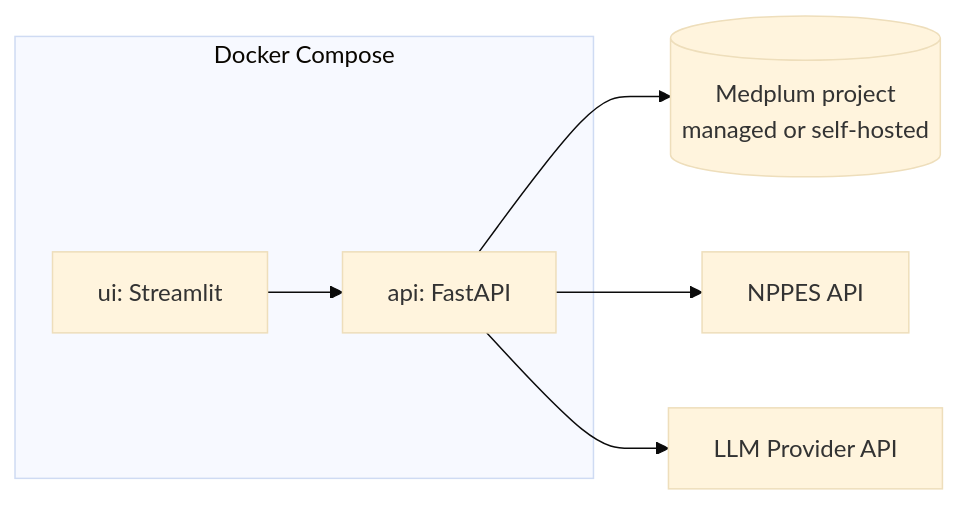
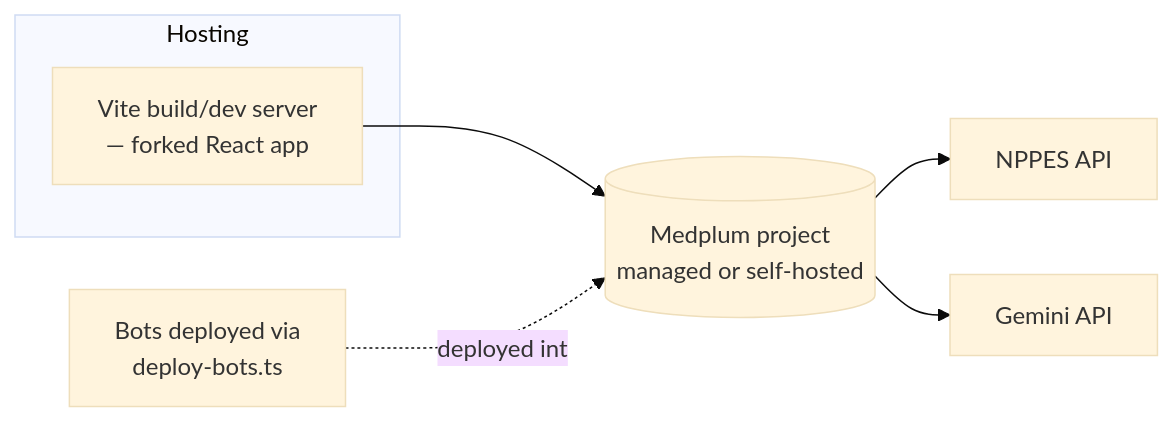
The fifth of 5 diagrams in docs/Doctor_Appointment_Agent_HLD.md (RTE404/Doctor-Appointment-Agent), drawn with Mermaid (base theme) before and after one commit. The commit also changed other lines of this file and 9 other files, not shown here.

````diff
--- a/docs/Doctor_Appointment_Agent_HLD.md
+++ b/docs/Doctor_Appointment_Agent_HLD.md
@@ -146,15 +224,15 @@
 ```mermaid
 flowchart LR
-    subgraph Docker Compose
-        UI[ui: Streamlit]
-        API[api: FastAPI]
+    subgraph Hosting
+        Vite[Vite build/dev server\n— forked React app]
     end
-    MED[(Medplum project\nmanaged or self-hosted)]
+    Bots[Bots deployed via\ndeploy-bots.ts]
+    Medplum[(Medplum project\nmanaged or self-hosted)]
     NPPES[NPPES API]
-    LLM[LLM Provider API]
+    Gemini[Gemini API]
 
-    UI --> API
-    API --> MED
-    API --> NPPES
-    API --> LLM
+    Vite --> Medplum
+    Bots -.deployed into.-> Medplum
+    Medplum --> NPPES
+    Medplum --> Gemini
 ```
````
